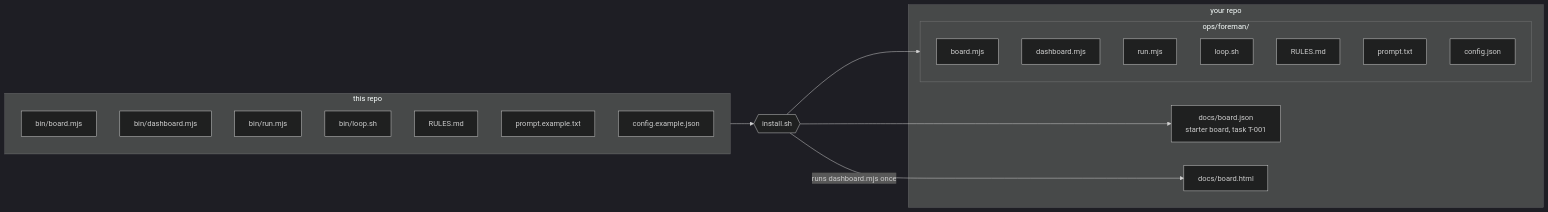
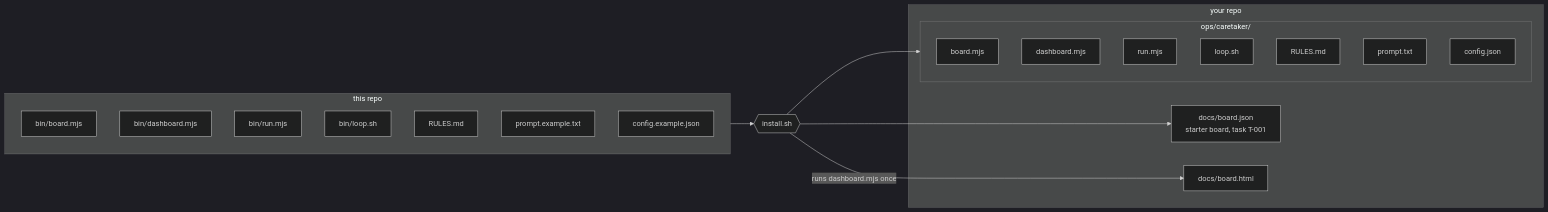
One commit to clive5exe/Caretaker changed the second of 14 diagrams in README.md. Above: the diagram before and after it, drawn with Mermaid (dark theme). The commit also changed other lines of this file and 59 other files, not shown here.

First line of the commit message:
Rename Foreman to Caretaker, everywhere

````diff
--- a/README.md
+++ b/README.md
@@ -131,29 +131,29 @@
 ```mermaid
 flowchart LR
   subgraph src["this repo"]
     B1[bin/board.mjs]
     B2[bin/dashboard.mjs]
     B3[bin/run.mjs]
     B4[bin/loop.sh]
     R[RULES.md]
     P[prompt.example.txt]
     C[config.example.json]
   end
   I{{install.sh}}
   subgraph tgt["your repo"]
-    subgraph ops["ops/foreman/"]
+    subgraph ops["ops/caretaker/"]
       T1[board.mjs]
       T2[dashboard.mjs]
       T3[run.mjs]
       T4[loop.sh]
       TR[RULES.md]
       TP[prompt.txt]
       TC[config.json]
     end
     BJ[docs/board.json<br/>starter board, task T-001]
     BH[docs/board.html]
   end
   src --> I --> ops
   I --> BJ
   I -- "runs dashboard.mjs once" --> BH
 ```
````
